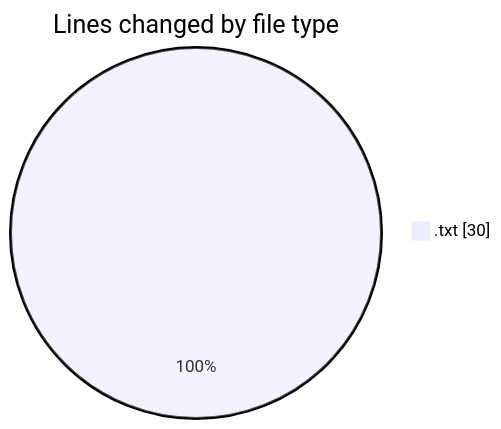
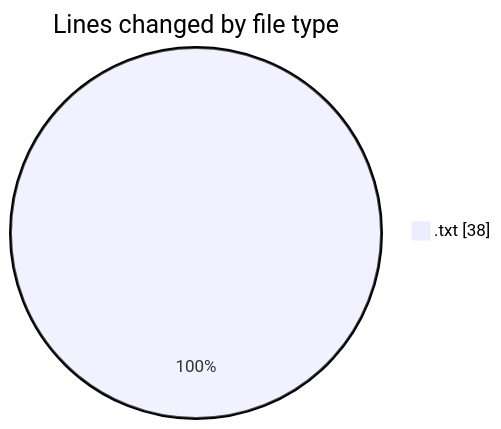
The first of 2 diagrams in 2025-06-22/txtfiles/README.md (Ritupan-Deka/code-tracking), drawn with Mermaid before and after one commit. The commit also changed other lines of this file and 1 other file, not shown here.

````diff
--- a/2025-06-22/txtfiles/README.md
+++ b/2025-06-22/txtfiles/README.md
@@ -20,5 +20,5 @@
 ```mermaid
 pie showData
 title Lines changed by file type
-".txt" : 30
+".txt" : 38
 ```
````
